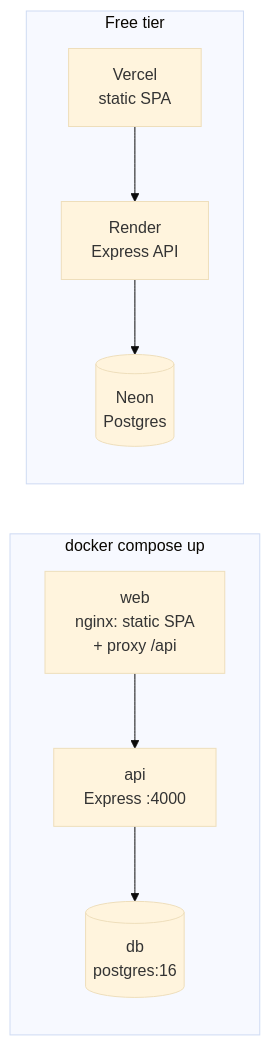
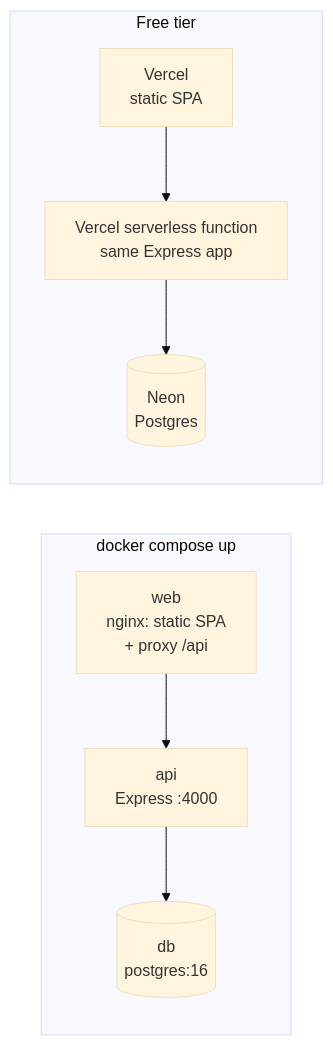
Before and after one commit to Fahim-71/dhaka-tesla-pool: the second of 4 diagrams in docs/architecture.md, drawn with Mermaid (base theme). The commit also changed other lines of this file and 3 other files, not shown here.

Commit message:
docs(readme): add live URLs and document the Vercel + Neon deployment

````diff
--- a/docs/architecture.md
+++ b/docs/architecture.md
@@ -34,9 +34,9 @@
 ```mermaid
 flowchart LR
     subgraph Local["docker compose up"]
         N["web<br/>nginx: static SPA<br/>+ proxy /api"] --> AP["api<br/>Express :4000"] --> PG[("db<br/>postgres:16")]
     end
     subgraph Cloud["Free tier"]
-        V["Vercel<br/>static SPA"] --> R["Render<br/>Express API"] --> NE[("Neon<br/>Postgres")]
+        V["Vercel<br/>static SPA"] --> R["Vercel serverless function<br/>same Express app"] --> NE[("Neon<br/>Postgres")]
     end
 ```
````
